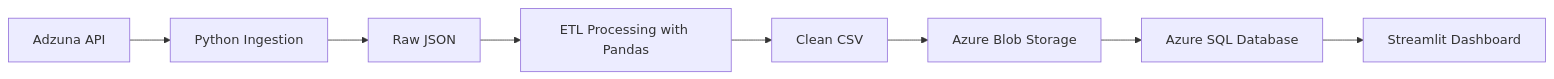
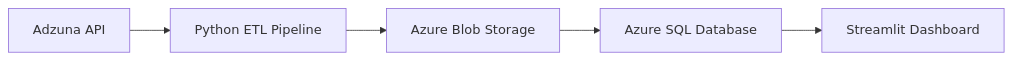
One commit to ThubelihleNtabela/South-African-Job-Market-Intelligence-Platform changed the diagram in README.md. Above: the diagram before and after it, drawn with Mermaid. The commit also changed other lines of this file, not shown here.

````diff
--- a/README.md
+++ b/README.md
@@ -15,10 +21,7 @@
 ```mermaid
 flowchart LR
-    A[Adzuna API] --> B[Python Ingestion]
-    B --> C[Raw JSON]
-    C --> D[ETL Processing with Pandas]
-    D --> E[Clean CSV]
-    E --> F[Azure Blob Storage]
-    F --> G[Azure SQL Database]
-    G --> H[Streamlit Dashboard]
+    A[Adzuna API] --> B[Python ETL Pipeline]
+    B --> C[Azure Blob Storage]
+    C --> D[Azure SQL Database]
+    D --> E[Streamlit Dashboard]
 ```
````
